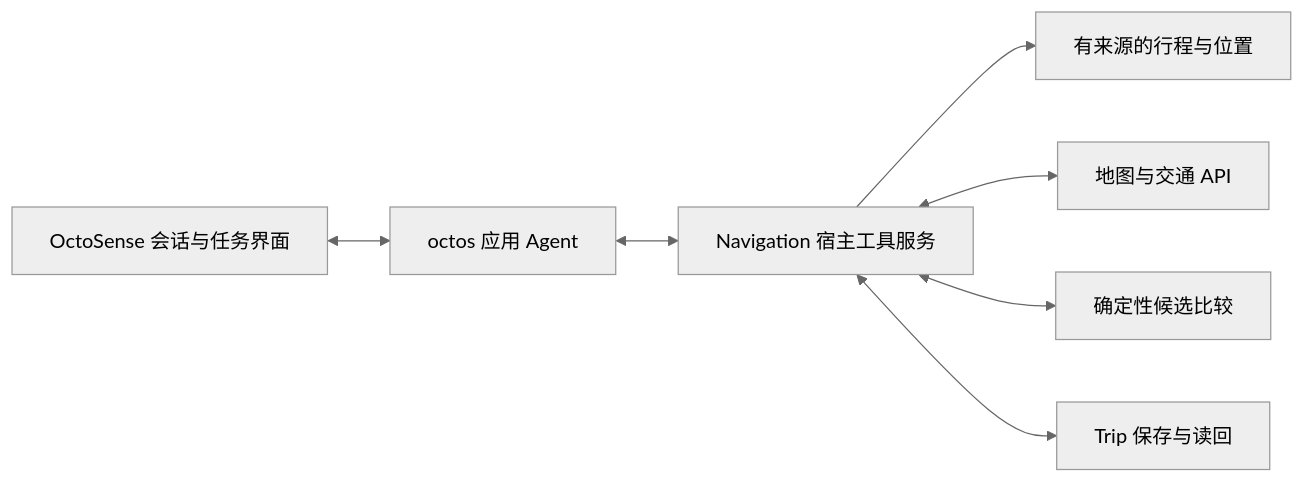
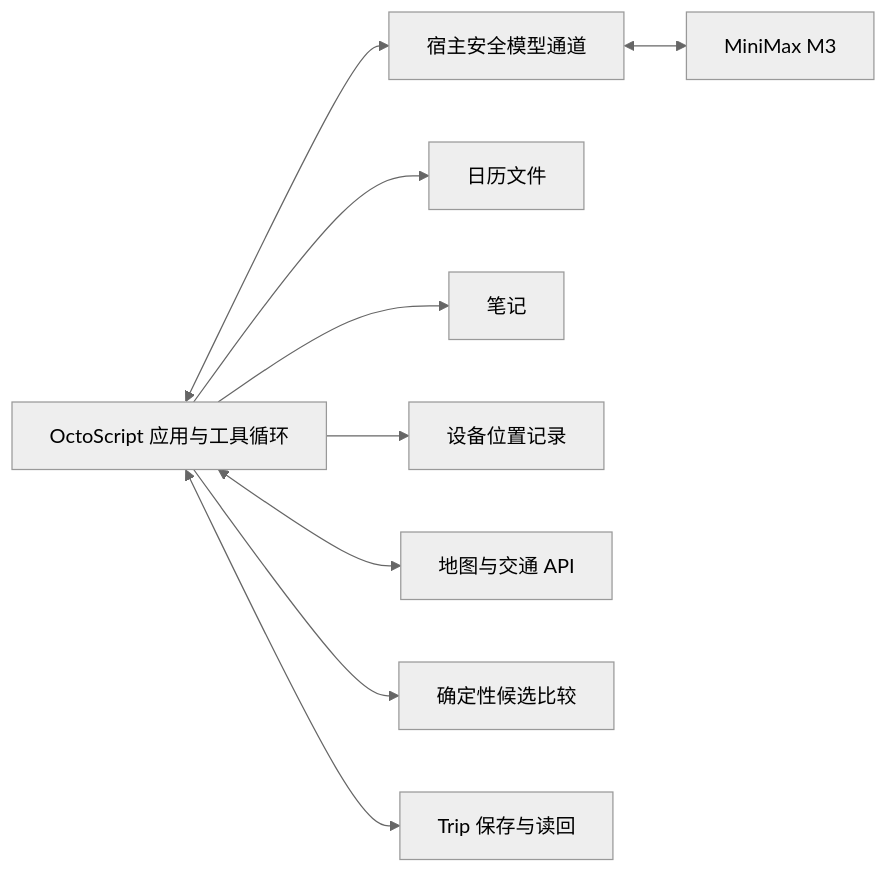
The diagram in docs/architecture.md (xiaoland/gosim-agentic26), drawn with Mermaid (neutral theme) before and after one commit. The commit also changed other lines of this file and 3 other files, not shown here.

Commit message:
收敛 OctoScript 初赛方案并明确 M3 与多源背景

````diff
--- a/docs/architecture.md
+++ b/docs/architecture.md
@@ -47,9 +55,11 @@
 ```mermaid
 flowchart LR
-    UI[OctoSense 会话与任务界面] <--> Agent[octos 应用 Agent]
-    Agent <--> Tools[Navigation 宿主工具服务]
-    Tools --> Context[有来源的行程与位置]
-    Tools <--> Map[地图与交通 API]
-    Tools <--> Planner[确定性候选比较]
-    Tools <--> Trip[Trip 保存与读回]
+    App[OctoScript 应用与工具循环] <--> Model[宿主安全模型通道]
+    Model <--> M3[MiniMax M3]
+    App --> Calendar[日历文件]
+    App --> Notes[笔记]
+    App --> Position[设备位置记录]
+    App <--> Map[地图与交通 API]
+    App --> Planner[确定性候选比较]
+    App <--> Trip[Trip 保存与读回]
 ```
````
